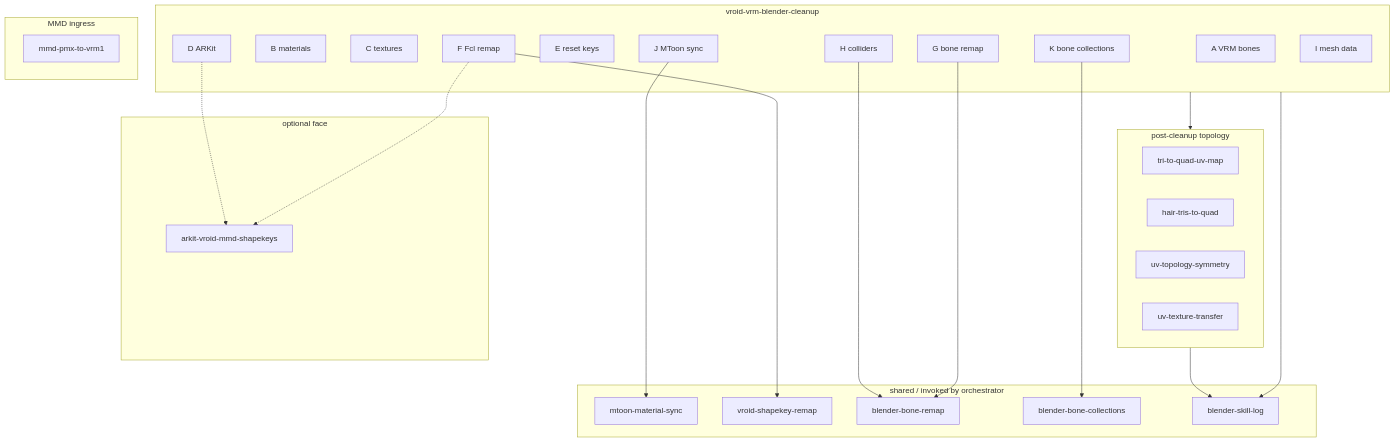
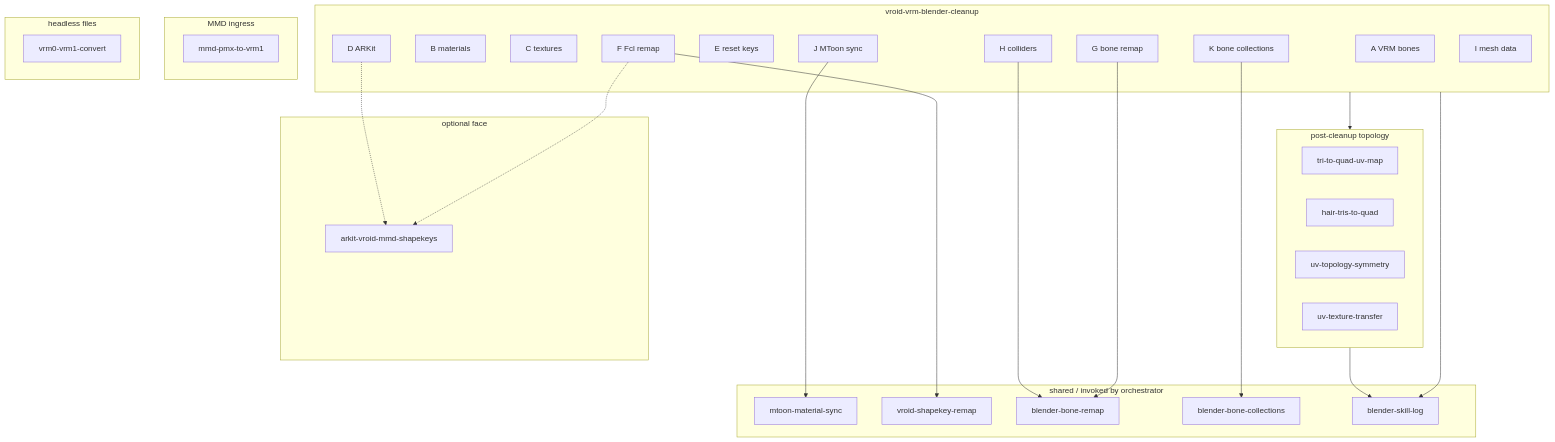
Before and after one commit to miramocha/blender-skills-and-rules: the second of 8 diagrams in skills/README.md, drawn with Mermaid. The commit also changed other lines of this file and 18 other files, not shown here.

First line of the commit message:
feat(vrm): add headless 0.x/1.0 converter

````diff
--- a/skills/README.md
+++ b/skills/README.md
@@ -49,50 +53,54 @@
 ```mermaid
 flowchart TB
   subgraph orchestrator [vroid-vrm-blender-cleanup]
     A[A VRM bones]
     B[B materials]
     C[C textures]
     D[D ARKit]
     E[E reset keys]
     J[J MToon sync]
     F[F Fcl remap]
     G[G bone remap]
     K[K bone collections]
     H[H colliders]
     I[I mesh data]
   end
 
   subgraph topology [post-cleanup topology]
     TQ[tri-to-quad-uv-map]
     HQ[hair-tris-to-quad]
     UV[uv-topology-symmetry]
     UXT[uv-texture-transfer]
   end
 
   subgraph libs [shared / invoked by orchestrator]
     MTOON[mtoon-material-sync]
     SHAPE[vroid-shapekey-remap]
     BONE[blender-bone-remap]
     BC[blender-bone-collections]
     LOG[blender-skill-log]
   end
 
   subgraph optionalFace [optional face]
     MMD[arkit-vroid-mmd-shapekeys]
   end
 
   subgraph ingress [MMD ingress]
     PMX[mmd-pmx-to-vrm1]
   end
 
+  subgraph files [headless files]
+    VRMCONV[vrm0-vrm1-convert]
+  end
+
   J --> MTOON
   F --> SHAPE
   G --> BONE
   H --> BONE
   K --> BC
   F -.-> MMD
   D -.-> MMD
   orchestrator --> LOG
   topology --> LOG
   orchestrator --> topology
 ```
````
